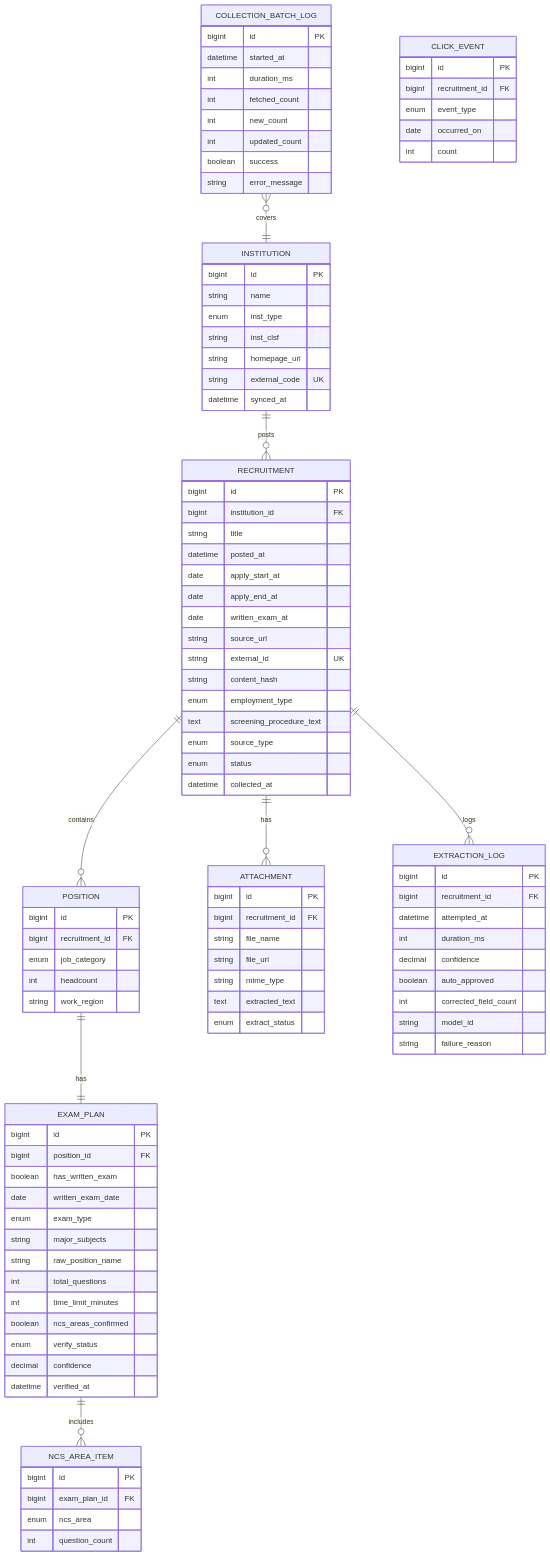
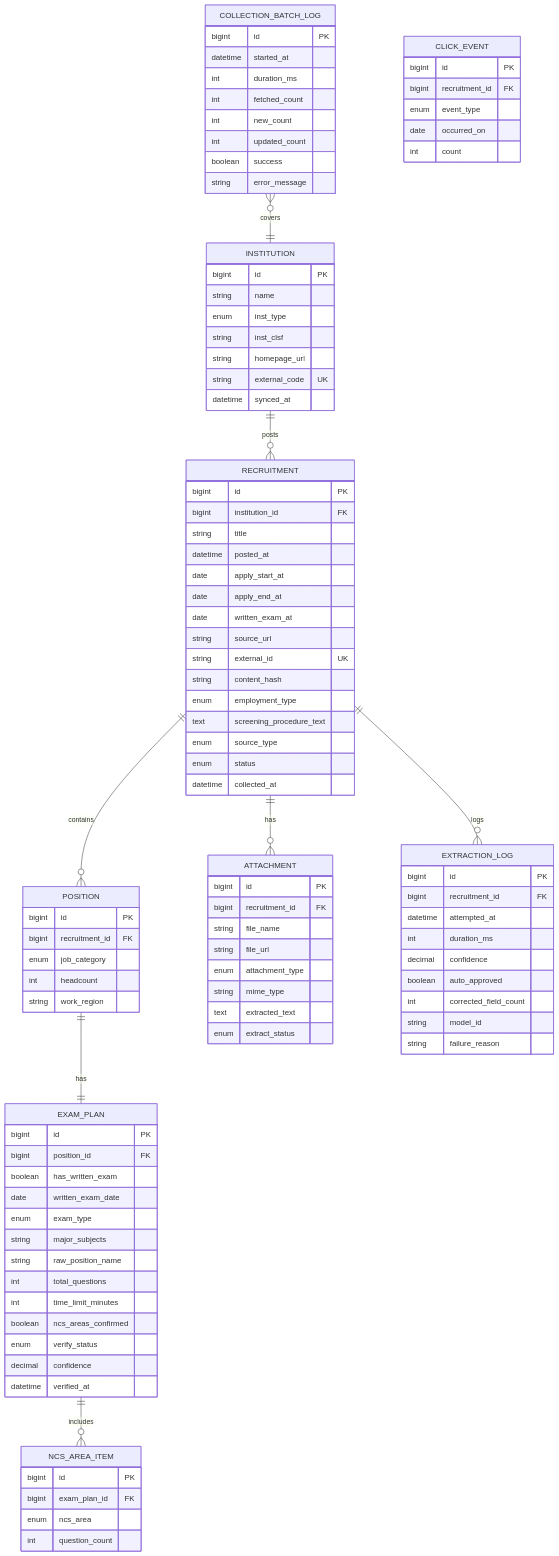
One commit to moonyaejin/gonggomoa changed the first of 2 diagrams in docs/02-domain-model.md. Above: the diagram before and after it, drawn with Mermaid. The commit also changed other lines of this file and 23 other files, not shown here.

```diff
--- a/docs/02-domain-model.md
+++ b/docs/02-domain-model.md
@@ -49,6 +49,7 @@
     bigint recruitment_id FK
     string file_name
     string file_url
+    enum attachment_type
     string mime_type
     text extracted_text
     enum extract_status
```
